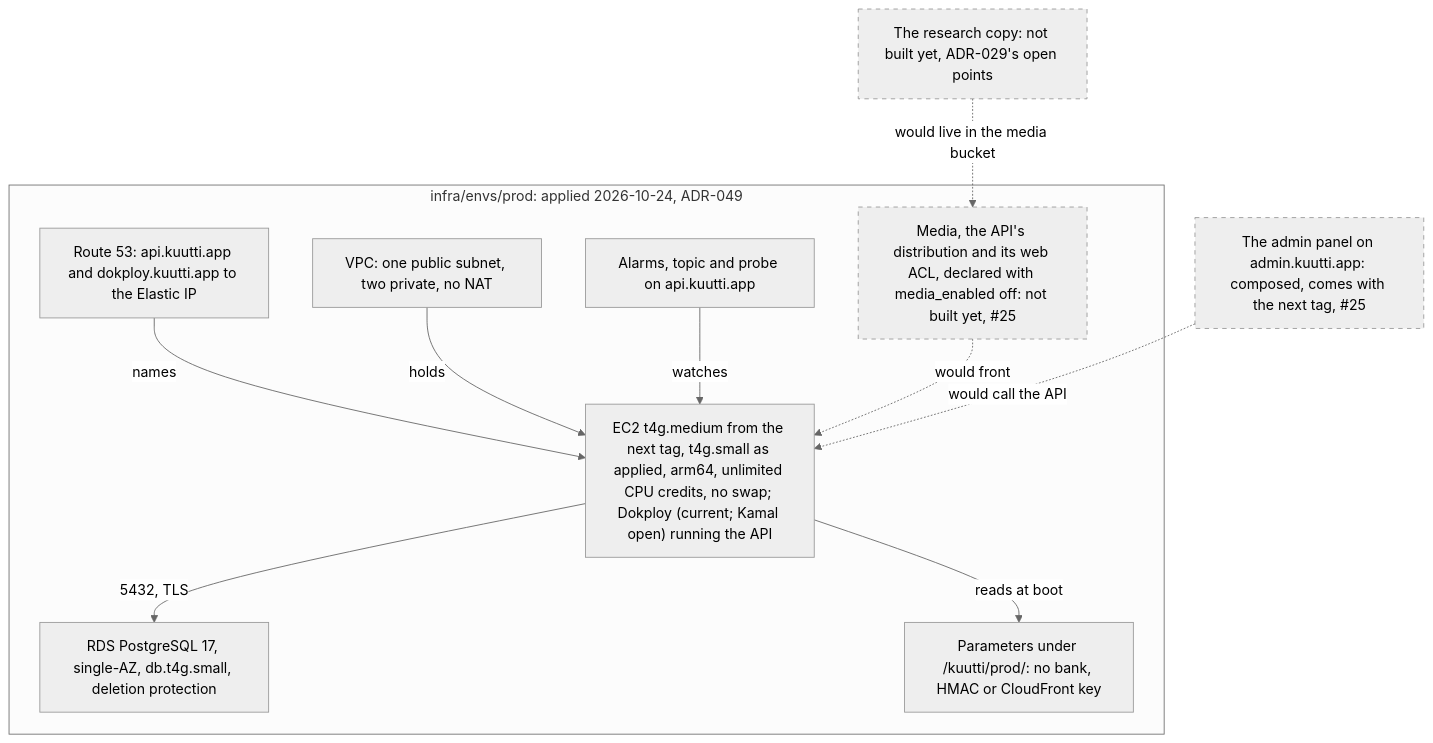
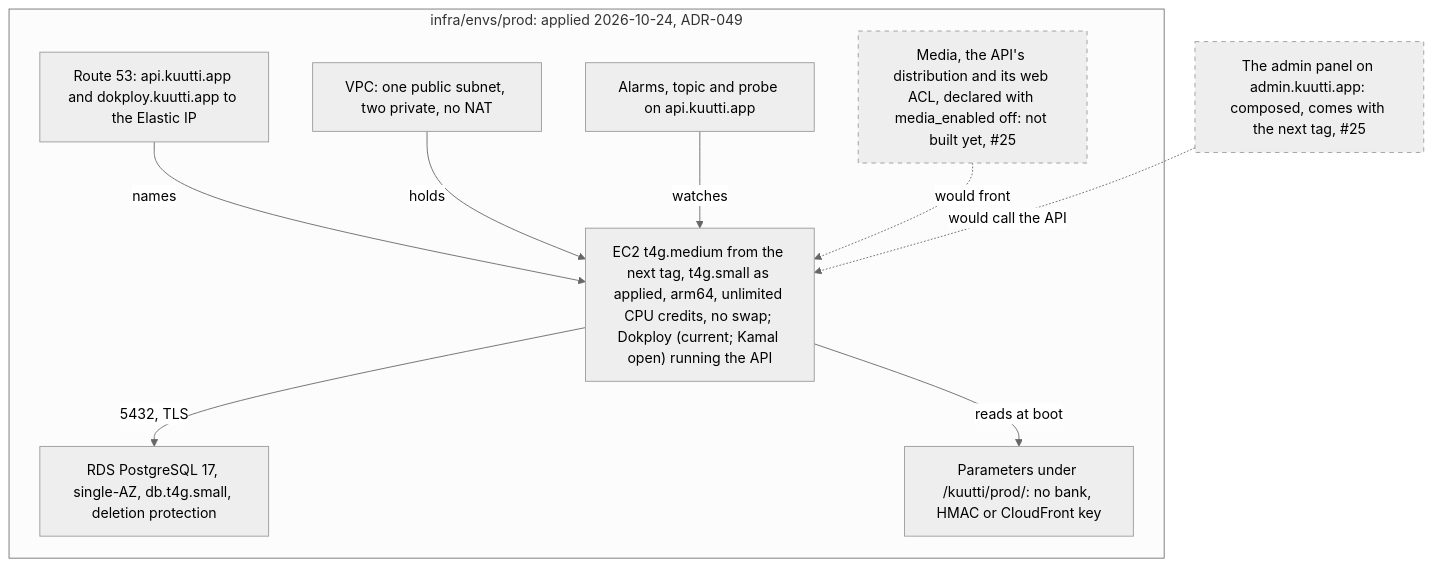
The fourth of 5 diagrams in docs/architecture/deployment.md (kuutti-ry/kumpa-app), drawn with Mermaid (neutral theme) before and after one commit. The commit also changed other lines of this file and 280 other files, not shown here.

First line of the commit message:
Take research out: the consent, the events, the copy, the role (#710)

````diff
--- a/docs/architecture/deployment.md
+++ b/docs/architecture/deployment.md
@@ -226,25 +215,23 @@
 ```mermaid
 flowchart TB
   accTitle: Deployment, part 5: production
-  accDescr: infra/envs/prod, applied on 2026-10-24 before the first release, composes the same network, box, database, alarms and parameters as staging, with a larger box from the next tag, a larger database class and deletion protection. Dokploy on the box runs one application, the API, pinned to a commit and with bank identification off. The media module is declared switched off; the admin panel's host is composed and comes with the next tag; the research copy is not built.
+  accDescr: infra/envs/prod, applied on 2026-10-24 before the first release, composes the same network, box, database, alarms and parameters as staging, with a larger box from the next tag, a larger database class and deletion protection. Dokploy on the box runs one application, the API, pinned to a commit and with bank identification off. The media module is declared switched off; the admin panel's host is composed and comes with the next tag.
   subgraph prodenv["infra/envs/prod: applied 2026-10-24, ADR-049"]
-    n52["Route 53: api.kuutti.app and dokploy.kuutti.app to the Elastic IP"]
-    n53["VPC: one public subnet, two private, no NAT"]
-    n54["EC2 t4g.medium from the next tag, t4g.small as applied, arm64, unlimited CPU credits, no swap; Dokploy (current; Kamal open) running the API"]
-    n55["RDS PostgreSQL 17, single-AZ, db.t4g.small, deletion protection"]
-    n56["Parameters under /kuutti/prod/: no bank, HMAC or CloudFront key"]
-    n57["Alarms, topic and probe on api.kuutti.app"]
-    n58["Media, the API's distribution and its web ACL, declared with media_enabled off: not built yet, #25"]:::notbuilt
+    n49["Route 53: api.kuutti.app and dokploy.kuutti.app to the Elastic IP"]
+    n50["VPC: one public subnet, two private, no NAT"]
+    n51["EC2 t4g.medium from the next tag, t4g.small as applied, arm64, unlimited CPU credits, no swap; Dokploy (current; Kamal open) running the API"]
+    n52["RDS PostgreSQL 17, single-AZ, db.t4g.small, deletion protection"]
+    n53["Parameters under /kuutti/prod/: no bank, HMAC or CloudFront key"]
+    n54["Alarms, topic and probe on api.kuutti.app"]
+    n55["Media, the API's distribution and its web ACL, declared with media_enabled off: not built yet, #25"]:::notbuilt
   end
-  n59["The admin panel on admin.kuutti.app: composed, comes with the next tag, #25"]:::notbuilt
-  n60["The research copy: not built yet, ADR-029's open points"]:::notbuilt
-  n52 -->|"names"| n54
-  n53 -->|"holds"| n54
-  n54 -->|"5432, TLS"| n55
-  n54 -->|"reads at boot"| n56
-  n57 -->|"watches"| n54
-  n58 -.->|"would front"| n54
-  n59 -.->|"would call the API"| n54
-  n60 -.->|"would live in the media bucket"| n58
+  n56["The admin panel on admin.kuutti.app: composed, comes with the next tag, #25"]:::notbuilt
+  n49 -->|"names"| n51
+  n50 -->|"holds"| n51
+  n51 -->|"5432, TLS"| n52
+  n51 -->|"reads at boot"| n53
+  n54 -->|"watches"| n51
+  n55 -.->|"would front"| n51
+  n56 -.->|"would call the API"| n51
   classDef notbuilt stroke-dasharray: 5 5
 ```
````
